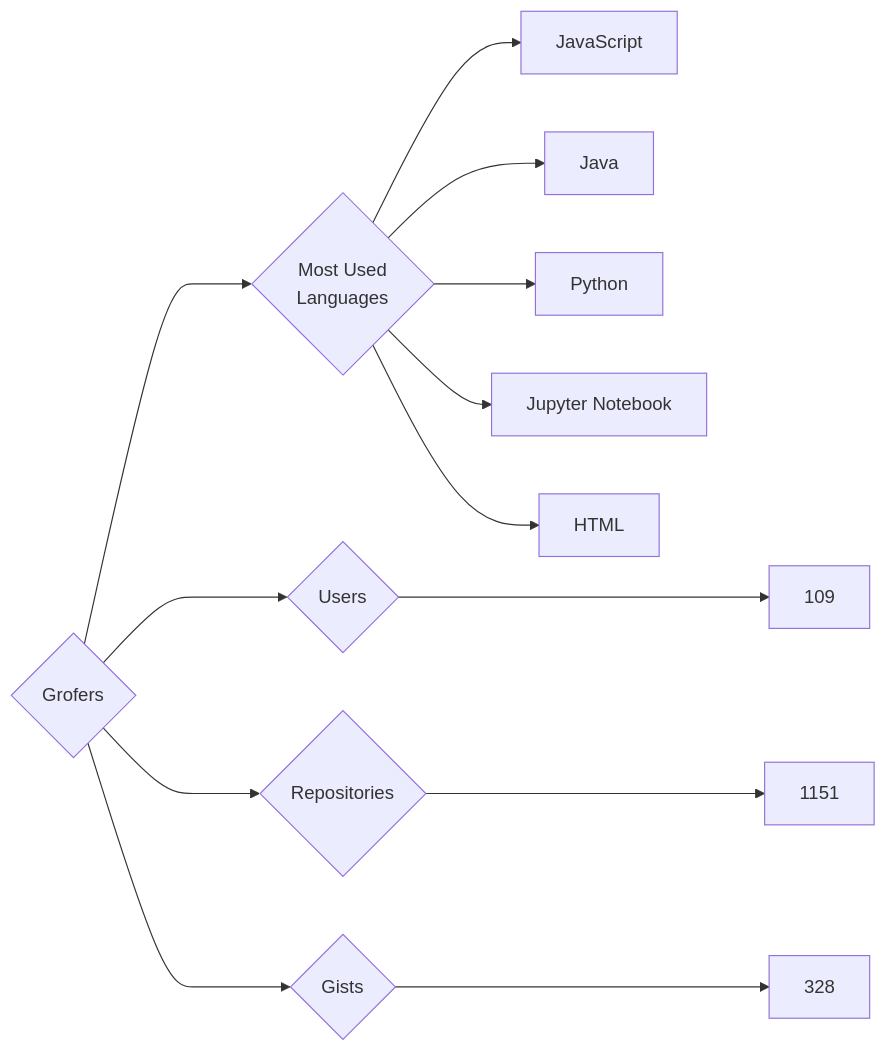
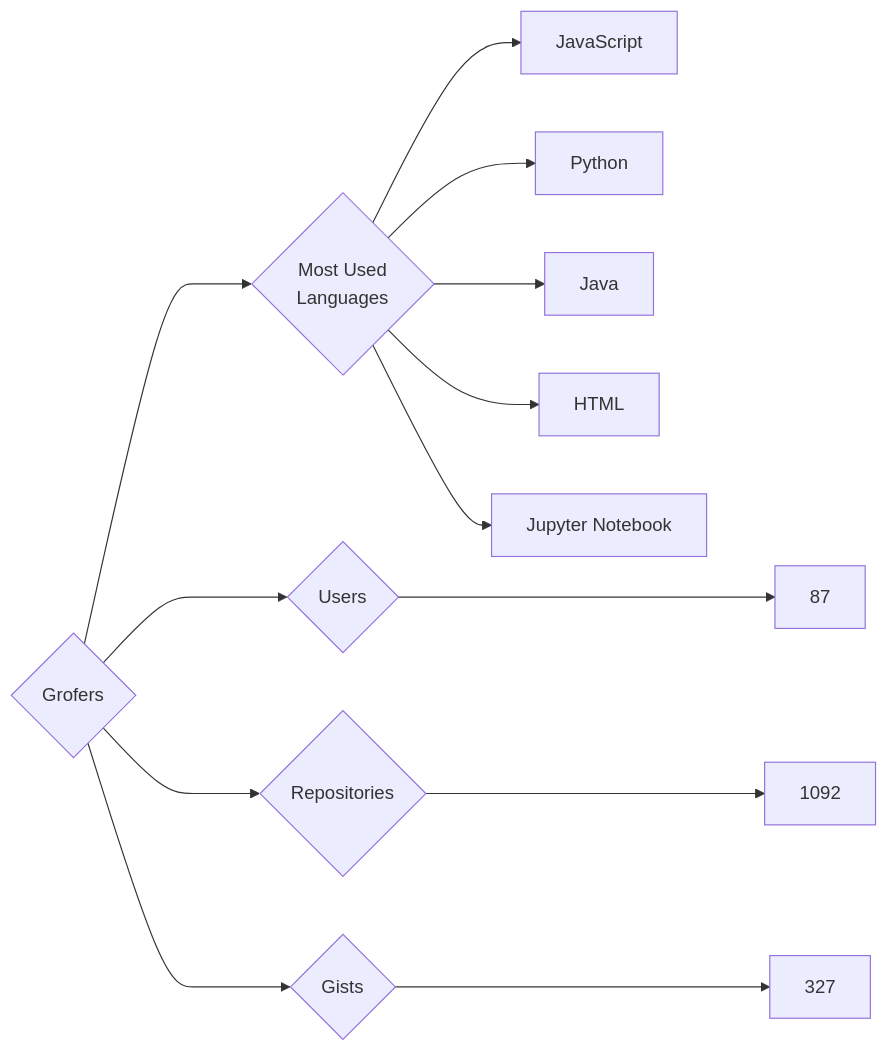
One commit to trickest/insiders changed the diagram in targets/Grofers/README.md. Above: the diagram before and after it, drawn with Mermaid. The commit also changed 900 other files, not shown here.

````diff
--- a/targets/Grofers/README.md
+++ b/targets/Grofers/README.md
@@ -3,13 +3,13 @@
 ```mermaid
 graph LR
 COMPANY_NAME{Grofers}
-COMPANY_NAME ---> U{Users} ---> UN[109]
-COMPANY_NAME ---> R{Repositories} ---> RN[1151]
-COMPANY_NAME ---> G{Gists} ---> GN[328]
+COMPANY_NAME ---> U{Users} ---> UN[87]
+COMPANY_NAME ---> R{Repositories} ---> RN[1092]
+COMPANY_NAME ---> G{Gists} ---> GN[327]
 COMPANY_NAME ---> ML{Most Used<br>Languages}
 ML --> JavaScript[JavaScript]
+ML --> Python[Python]
 ML --> Java[Java]
-ML --> Python[Python]
+ML --> HTML[HTML]
 ML --> Jupyter_Notebook[Jupyter Notebook]
-ML --> HTML[HTML]
 ```
````
